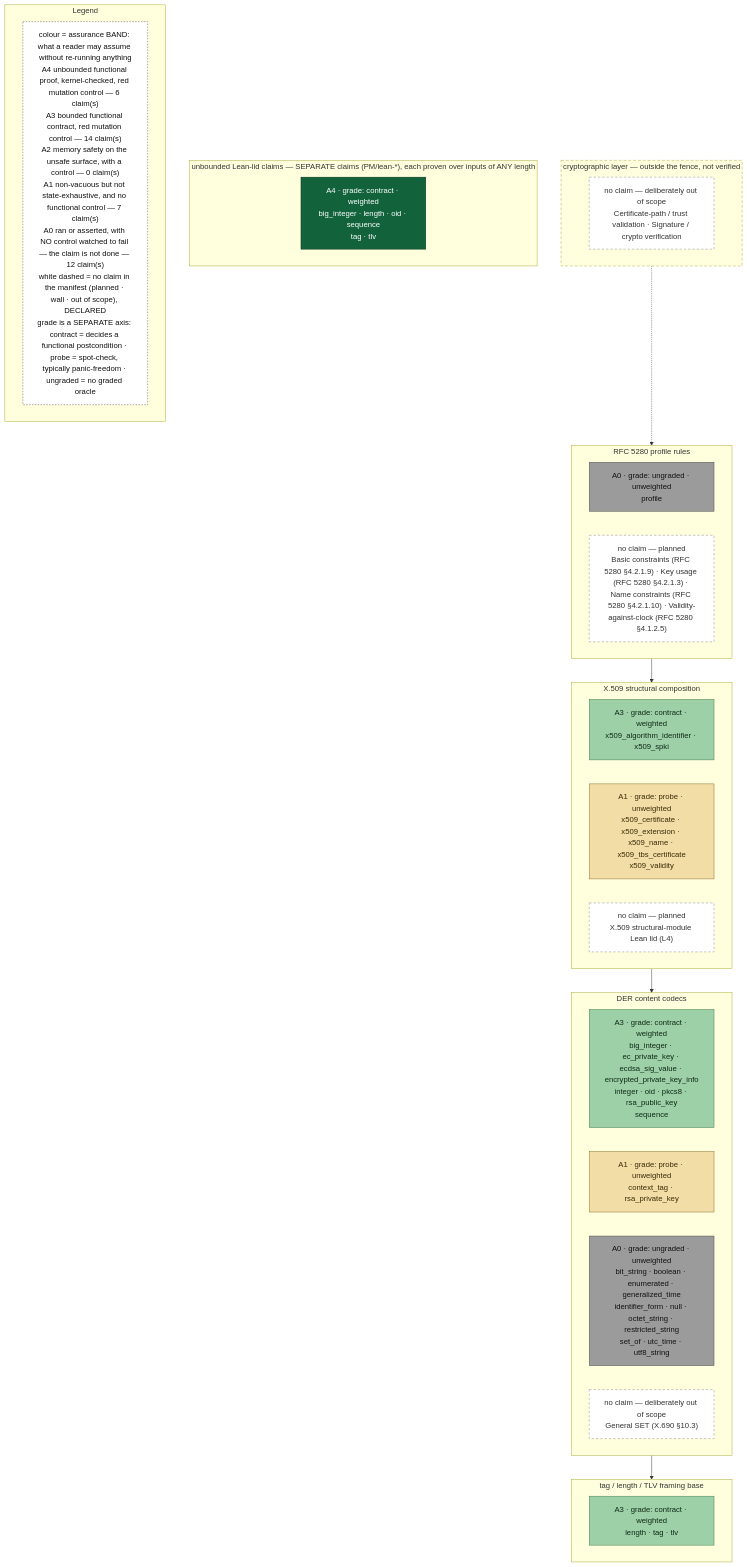
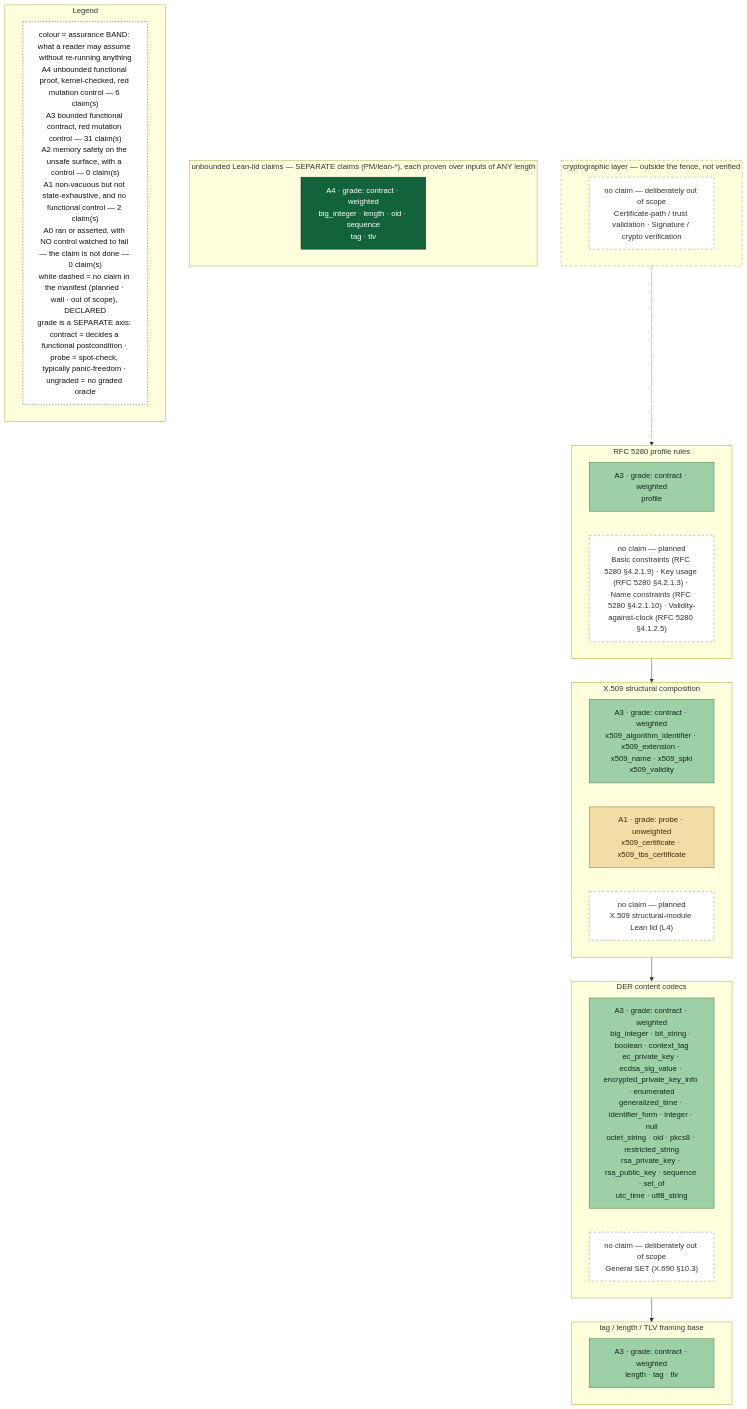
One commit to ivmat/rs-verified-der changed the diagram in README.md. Above: the diagram before and after it, drawn with Mermaid. The commit also changed other lines of this file and 1120 other files, not shown here.

Commit message:
evidence: acceptance manifest re-emitted at 35ea50d (37 of 39 weighted); verification map regenerated

````diff
--- a/README.md
+++ b/README.md
@@ -68,49 +68,47 @@
 ```mermaid
 flowchart TB
     classDef a4 fill:#12633c,stroke:#08301d,color:#ffffff
     classDef a3_5 fill:#5fa877,stroke:#2f6146,color:#ffffff
     classDef a3 fill:#9ed0a8,stroke:#3f7a4c,color:#0d2a15
     classDef a2 fill:#d99b1c,stroke:#6f4f0c,color:#241a04
     classDef a1 fill:#f2dda6,stroke:#8a6d2f,color:#3a2c08
     classDef a0 fill:#9b9b9b,stroke:#4d4d4d,color:#111111
     classDef unrated fill:#ffffff,stroke:#4d4d4d,stroke-dasharray: 3 3,color:#111111
     classDef noclaim fill:#ffffff,stroke:#8a8a8a,stroke-dasharray: 5 4,color:#333333
 
     subgraph crypto_layer["cryptographic layer — outside the fence, not verified"]
         direction LR
         style crypto_layer stroke-dasharray: 6 4
         crypto_out_of_scope["no claim — deliberately out of scope<br/>Certificate-path / trust validation · Signature / crypto verification"]:::noclaim
     end
     subgraph profile_layer["RFC 5280 profile rules"]
         direction LR
-        profile_a0_ungraded_unweighted["A0 · grade: ungraded · unweighted<br/>profile"]:::a0
+        profile_a3_contract_weighted["A3 · grade: contract · weighted<br/>profile"]:::a3
         profile_planned["no claim — planned<br/>Basic constraints (RFC 5280 §4.2.1.9) · Key usage (RFC 5280 §4.2.1.3) · Name constraints (RFC 5280 §4.2.1.10) · Validity-against-clock (RFC 5280 §4.1.2.5)"]:::noclaim
     end
     subgraph structural_layer["X.509 structural composition"]
         direction LR
-        structural_a3_contract_weighted["A3 · grade: contract · weighted<br/>x509_algorithm_identifier · x509_spki"]:::a3
-        structural_a1_probe_unweighted["A1 · grade: probe · unweighted<br/>x509_certificate · x509_extension · x509_name · x509_tbs_certificate<br/>x509_validity"]:::a1
+        structural_a3_contract_weighted["A3 · grade: contract · weighted<br/>x509_algorithm_identifier · x509_extension · x509_name · x509_spki<br/>x509_validity"]:::a3
+        structural_a1_probe_unweighted["A1 · grade: probe · unweighted<br/>x509_certificate · x509_tbs_certificate"]:::a1
         structural_planned["no claim — planned<br/>X.509 structural-module Lean lid (L4)"]:::noclaim
     end
     subgraph codecs_layer["DER content codecs"]
         direction LR
-        codecs_a3_contract_weighted["A3 · grade: contract · weighted<br/>big_integer · ec_private_key · ecdsa_sig_value · encrypted_private_key_info<br/>integer · oid · pkcs8 · rsa_public_key<br/>sequence"]:::a3
-        codecs_a1_probe_unweighted["A1 · grade: probe · unweighted<br/>context_tag · rsa_private_key"]:::a1
-        codecs_a0_ungraded_unweighted["A0 · grade: ungraded · unweighted<br/>bit_string · boolean · enumerated · generalized_time<br/>identifier_form · null · octet_string · restricted_string<br/>set_of · utc_time · utf8_string"]:::a0
+        codecs_a3_contract_weighted["A3 · grade: contract · weighted<br/>big_integer · bit_string · boolean · context_tag<br/>ec_private_key · ecdsa_sig_value · encrypted_private_key_info · enumerated<br/>generalized_time · identifier_form · integer · null<br/>octet_string · oid · pkcs8 · restricted_string<br/>rsa_private_key · rsa_public_key · sequence · set_of<br/>utc_time · utf8_string"]:::a3
         codecs_out_of_scope["no claim — deliberately out of scope<br/>General SET (X.690 §10.3)"]:::noclaim
     end
     subgraph framing_layer["tag / length / TLV framing base"]
         direction LR
         framing_a3_contract_weighted["A3 · grade: contract · weighted<br/>length · tag · tlv"]:::a3
     end
     subgraph lid_layer["unbounded Lean-lid claims — SEPARATE claims (PM/lean-*), each proven over inputs of ANY length"]
         direction LR
         lid_a4_contract_weighted["A4 · grade: contract · weighted<br/>big_integer · length · oid · sequence<br/>tag · tlv"]:::a4
     end
 
     crypto_layer -.-> profile_layer --> structural_layer --> codecs_layer --> framing_layer
 
     subgraph legend["Legend"]
-        legend_all["colour = assurance BAND: what a reader may assume without re-running anything<br/>A4 unbounded functional proof, kernel-checked, red mutation control — 6 claim(s)<br/>A3 bounded functional contract, red mutation control — 14 claim(s)<br/>A2 memory safety on the unsafe surface, with a control — 0 claim(s)<br/>A1 non-vacuous but not state-exhaustive, and no functional control — 7 claim(s)<br/>A0 ran or asserted, with NO control watched to fail — the claim is not done — 12 claim(s)<br/>white dashed = no claim in the manifest (planned · wall · out of scope), DECLARED<br/>grade is a SEPARATE axis: contract = decides a functional postcondition · probe = spot-check, typically panic-freedom · ungraded = no graded oracle"]:::unrated
+        legend_all["colour = assurance BAND: what a reader may assume without re-running anything<br/>A4 unbounded functional proof, kernel-checked, red mutation control — 6 claim(s)<br/>A3 bounded functional contract, red mutation control — 31 claim(s)<br/>A2 memory safety on the unsafe surface, with a control — 0 claim(s)<br/>A1 non-vacuous but not state-exhaustive, and no functional control — 2 claim(s)<br/>A0 ran or asserted, with NO control watched to fail — the claim is not done — 0 claim(s)<br/>white dashed = no claim in the manifest (planned · wall · out of scope), DECLARED<br/>grade is a SEPARATE axis: contract = decides a functional postcondition · probe = spot-check, typically panic-freedom · ungraded = no graded oracle"]:::unrated
     end
 ```
````
